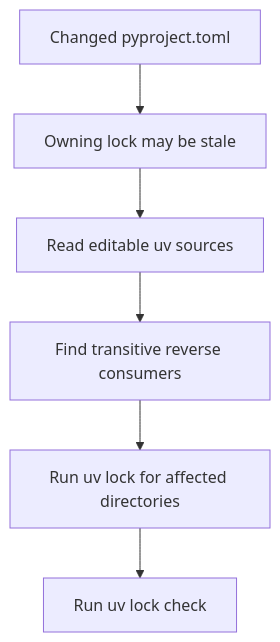
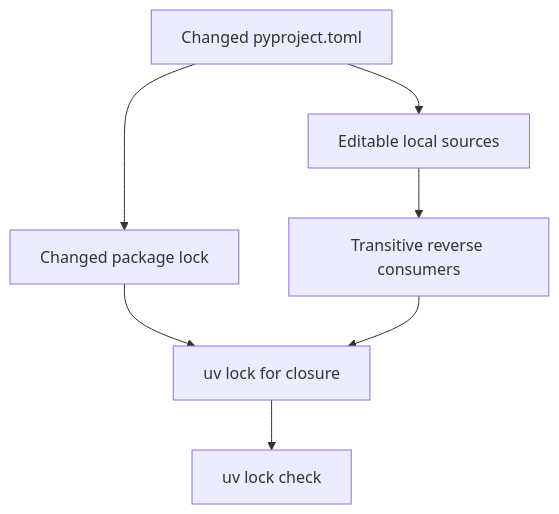
The first of 2 diagrams in openwiki/operations/development.md (langchain-ai/deepagents), drawn with Mermaid before and after one commit. The commit also changed other lines of this file and 11 other files, not shown here.

````diff
--- a/openwiki/operations/development.md
+++ b/openwiki/operations/development.md
@@ -127,8 +133,9 @@
 ```mermaid
 flowchart TD
-    Manifest["Changed pyproject.toml"] --> OwnLock["Owning lock may be stale"]
-    OwnLock --> Sources["Read editable uv sources"]
-    Sources --> Closure["Find transitive reverse consumers"]
-    Closure --> Resolve["Run uv lock for affected directories"]
-    Resolve --> Verify["Run uv lock check"]
+    Manifest["Changed pyproject.toml"] --> Owner["Changed package lock"]
+    Manifest --> Sources["Editable local sources"]
+    Sources --> Consumers["Transitive reverse consumers"]
+    Owner --> Resolve["uv lock for closure"]
+    Consumers --> Resolve
+    Resolve --> Verify["uv lock check"]
 ```
````
